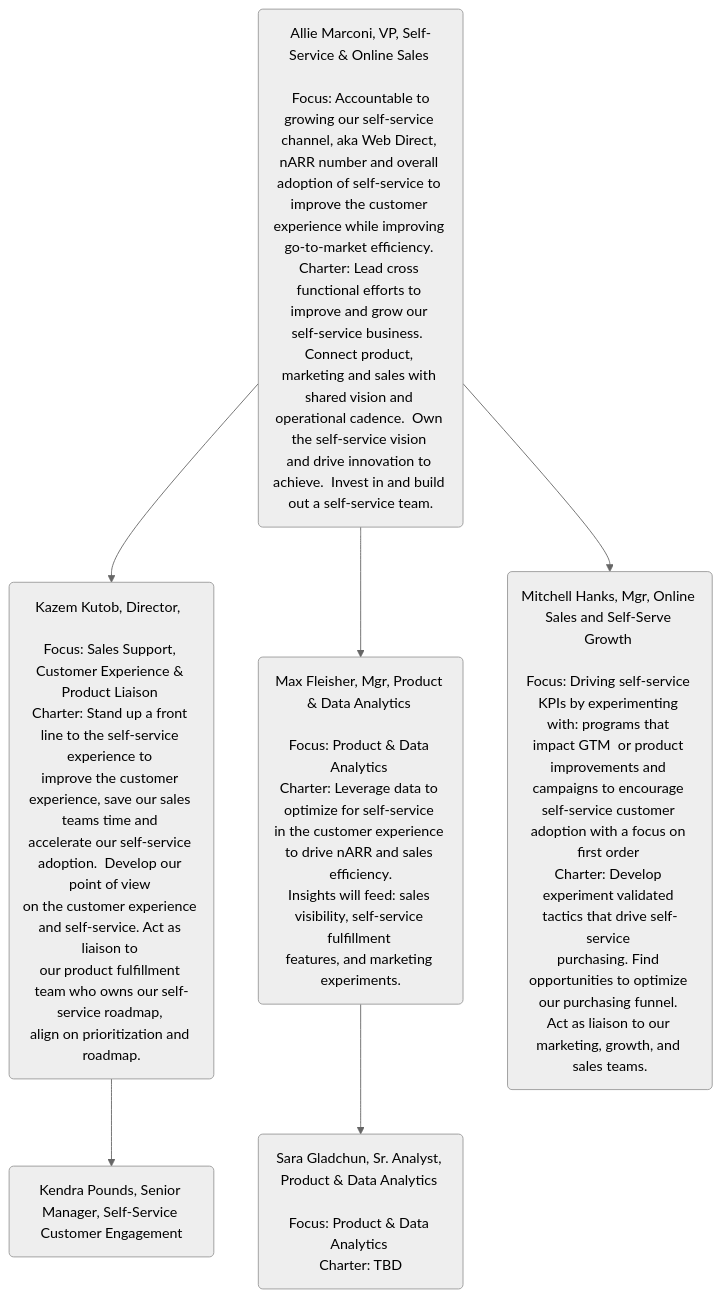
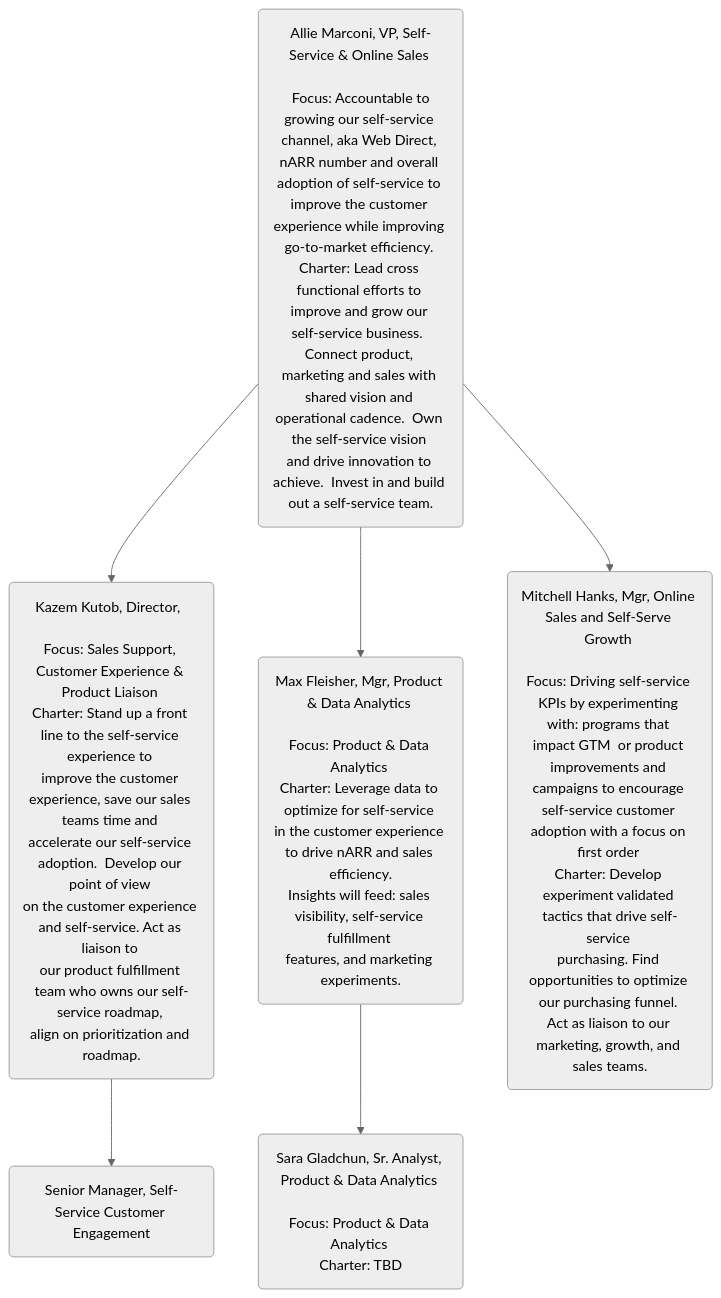
Before and after one commit to secretstartups/handbook: the diagram in sales/self-service/index.html.md, drawn with Mermaid (neutral theme).

Commit message:
Removing KP from self service HB page

````diff
--- a/sales/self-service/index.html.md
+++ b/sales/self-service/index.html.md
@@ -83,10 +83,10 @@
 ```mermaid
 graph TD
     A(Allie Marconi, VP, Self-Service & Online Sales <br>  <br> Focus: Accountable to growing our self-service channel, aka Web Direct, <br>nARR number and overall adoption of self-service to improve the customer <br>experience while improving go-to-market efficiency. <br>Charter: Lead cross functional efforts to improve and grow our <br>self-service business.  Connect product, marketing and sales with <br>shared vision and operational cadence.  Own the self-service vision <br>and drive innovation to achieve.  Invest in and build out a self-service team.) 
     A --> B(Kazem Kutob, Director,  <br>  <br>Focus: Sales Support, Customer Experience & Product Liaison <br>Charter: Stand up a front line to the self-service experience to <br>improve the customer experience, save our sales teams time and <br>accelerate our self-service adoption.  Develop our point of view <br>on the customer experience and self-service. Act as liaison to <br>our product fulfillment team who owns our self-service roadmap, <br>align on prioritization and roadmap.) 
-    B --> F(Kendra Pounds, Senior Manager, Self-Service Customer Engagement)
+    B --> F(Senior Manager, Self-Service Customer Engagement)
     A --> C(Max Fleisher, Mgr, Product & Data Analytics <br>  <br>Focus: Product & Data Analytics <br>Charter: Leverage data to optimize for self-service <br>in the customer experience to drive nARR and sales efficiency.<br>Insights will feed: sales visibility, self-service fulfillment <br>features, and marketing experiments.) 
     C --> D(Sara Gladchun, Sr. Analyst, Product & Data Analytics <br>  <br>Focus: Product & Data Analytics <br>Charter: TBD)
     A --> E(Mitchell Hanks, Mgr, Online Sales and Self-Serve Growth <br> <br>Focus: Driving self-service KPIs by experimenting with: programs that <br>impact GTM  or product improvements and campaigns to encourage <br>self-service customer adoption with a focus on first order <br>Charter: Develop experiment validated tactics that drive self-service <br>purchasing. Find opportunities to optimize our purchasing funnel. <br>Act as liaison to our marketing, growth, and sales teams.) 
 
 ```
````
